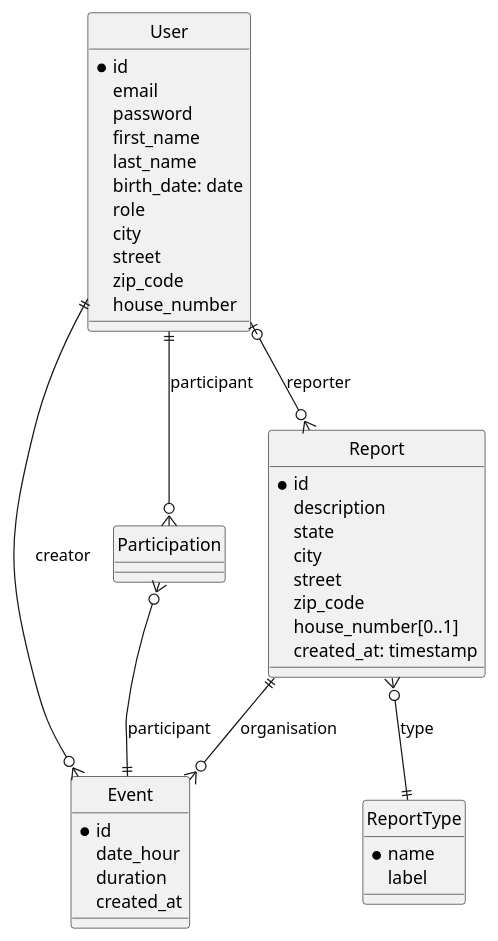
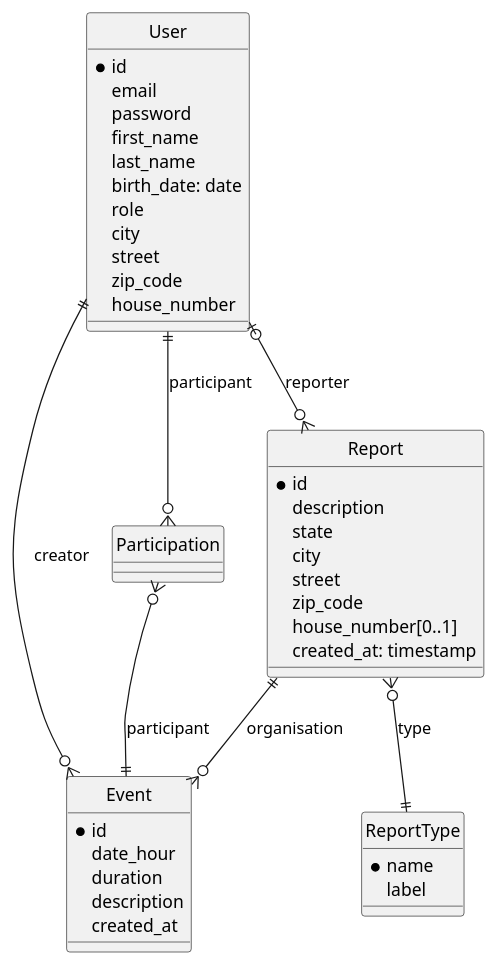
The diagram in schemas/database_EA.puml (ThibBer/smartcity_api), drawn with PlantUML before and after one commit.

Commit message:
Add description to event

```diff
--- a/schemas/database_EA.puml
+++ b/schemas/database_EA.puml
@@ -1,52 +1,53 @@
 @startuml
 hide circle
 
 entity User{
     * id
     email
     password
     first_name
     last_name
     birth_date: date
     role
     city
     street
     zip_code
     house_number
 }
 
 entity Participation {
 
 }
 
 entity Report {
     * id
     description
     state
     city
     street
     zip_code
     house_number[0..1]
     created_at: timestamp
 }
 
 entity Event {
     * id
     date_hour
     duration
+    description
     created_at
 }
 
 entity ReportType {
     * name
     label
 }
 
 User |o--o{ Report : reporter
 Report ||--o{ Event : organisation
 User ||--o{ Participation : participant
 Participation }o--|| Event : participant
 User ||--o{ Event : creator
 Report }o--|| ReportType : type
 
 @enduml
```
